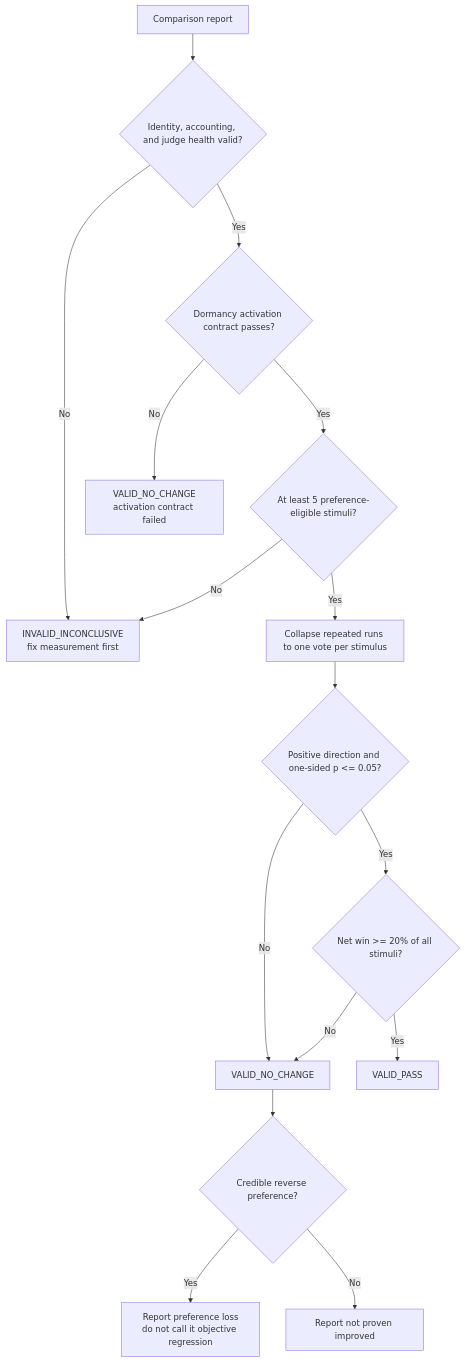
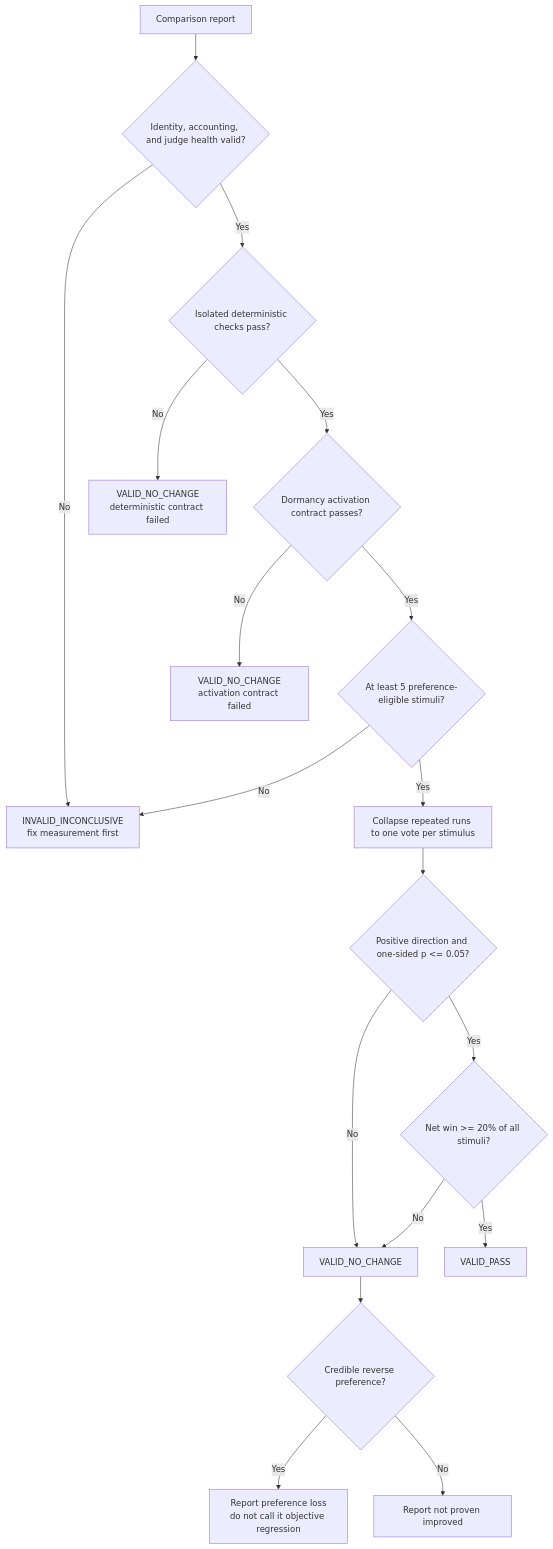
The fourth of 5 diagrams in eng/vally-adapter/README.md (dotnet/skills), drawn with Mermaid before and after one commit. The commit also changed other lines of this file and 20 other files, not shown here.

````diff
--- a/eng/vally-adapter/README.md
+++ b/eng/vally-adapter/README.md
@@ -347,18 +353,20 @@
 ```mermaid
 flowchart TD
     A["Comparison report"] --> B{"Identity, accounting, and judge health valid?"}
     B -- No --> X["INVALID_INCONCLUSIVE<br/>fix measurement first"]
-    B -- Yes --> AC{"Dormancy activation contract passes?"}
+    B -- Yes --> DC{"Isolated deterministic checks pass?"}
+    DC -- No --> DF["VALID_NO_CHANGE<br/>deterministic contract failed"]
+    DC -- Yes --> AC{"Dormancy activation contract passes?"}
     AC -- No --> CF["VALID_NO_CHANGE<br/>activation contract failed"]
     AC -- Yes --> C{"At least 5 preference-eligible stimuli?"}
     C -- No --> X
     C -- Yes --> D["Collapse repeated runs to one vote per stimulus"]
     D --> E{"Positive direction and one-sided p <= 0.05?"}
     E -- No --> N["VALID_NO_CHANGE"]
     E -- Yes --> F{"Net win >= 20% of all stimuli?"}
     F -- No --> N
     F -- Yes --> P["VALID_PASS"]
     N --> G{"Credible reverse preference?"}
     G -- Yes --> H["Report preference loss<br/>do not call it objective regression"]
     G -- No --> I["Report not proven improved"]
 ```
````
